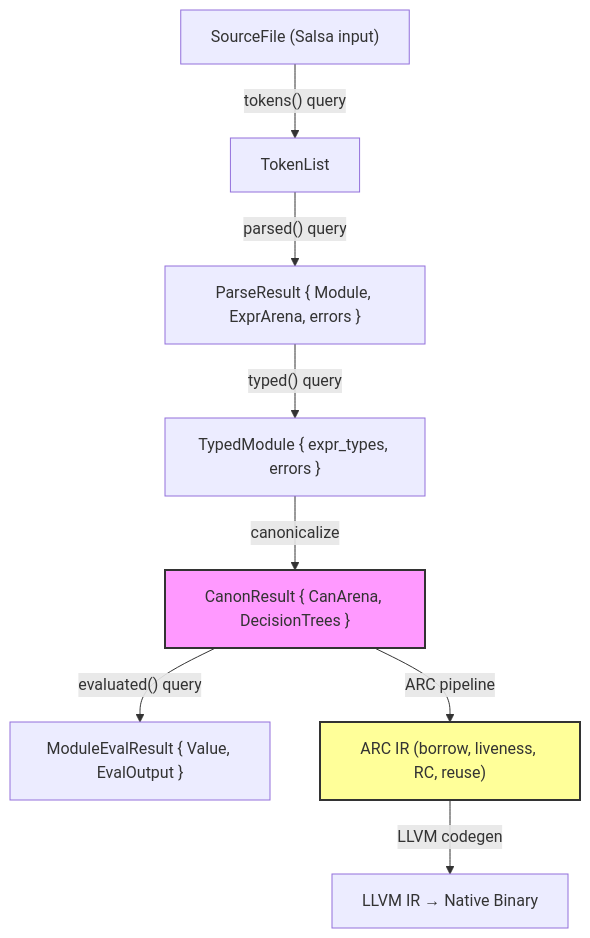
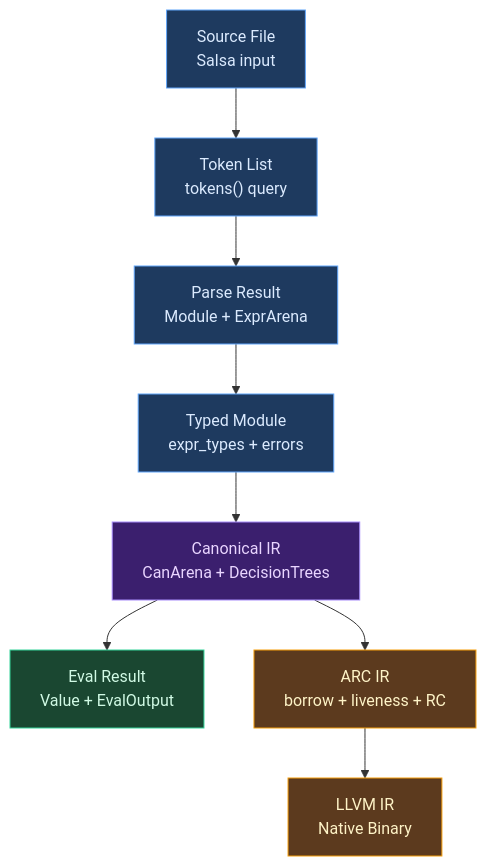
Before and after one commit to upstat-io/ori-lang: the diagram in docs/compiler/design/index.md, drawn with Mermaid. The commit also changed other lines of this file and 33 other files, not shown here.

First line of the commit message:
feat(arc): integrate uniqueness analysis into ARC pipeline

````diff
--- a/docs/compiler/design/index.md
+++ b/docs/compiler/design/index.md
@@ -105,13 +79,33 @@
 ```mermaid
 flowchart TB
-    A["SourceFile (Salsa input)"] -->|"tokens() query"| B["TokenList"]
-    B -->|"parsed() query"| C["ParseResult { Module, ExprArena, errors }"]
-    C -->|"typed() query"| D["TypedModule { expr_types, errors }"]
-    D -->|"canonicalize"| E["CanonResult { CanArena, DecisionTrees }"]
-    E -->|"evaluated() query"| F["ModuleEvalResult { Value, EvalOutput }"]
-    E -->|"ARC pipeline"| G["ARC IR (borrow, liveness, RC, reuse)"]
-    G -->|"LLVM codegen"| H["LLVM IR → Native Binary"]
+    A["Source File
+    Salsa input"]
+    B["Token List
+    tokens() query"]
+    C["Parse Result
+    Module + ExprArena"]
+    D["Typed Module
+    expr_types + errors"]
+    E["Canonical IR
+    CanArena + DecisionTrees"]
+    F["Eval Result
+    Value + EvalOutput"]
+    G["ARC IR
+    borrow + liveness + RC"]
+    H["LLVM IR
+    Native Binary"]
 
-    style E fill:#f9f,stroke:#333,stroke-width:2px
-    style G fill:#ff9,stroke:#333,stroke-width:2px
+    A --> B --> C --> D --> E
+    E --> F
+    E --> G --> H
+
+    classDef frontend fill:#1e3a5f,stroke:#60a5fa,color:#dbeafe
+    classDef canon fill:#3b1f6e,stroke:#a78bfa,color:#e9d5ff
+    classDef interpreter fill:#1a4731,stroke:#34d399,color:#d1fae5
+    classDef native fill:#5c3a1e,stroke:#f59e0b,color:#fef3c7
+
+    class A,B,C,D frontend
+    class E canon
+    class F interpreter
+    class G,H native
 ```
````
